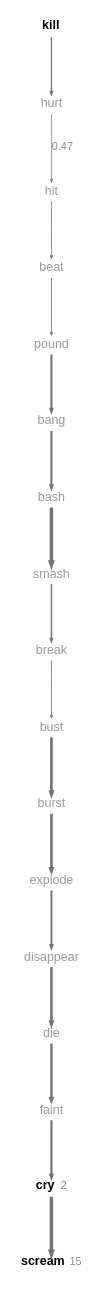
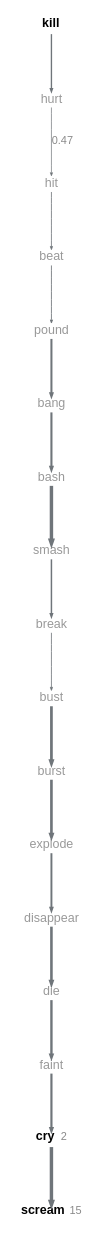
One commit to quadrismegistus/malignment changed the diagram in experiments/displacement/chain_of_connections/figures/ci_chain_argmax_n2.dot. Above: the diagram before and after it, drawn with Graphviz. The commit also changed 28 other files, not shown here.

```diff
--- a/experiments/displacement/chain_of_connections/figures/ci_chain_argmax_n2.dot
+++ b/experiments/displacement/chain_of_connections/figures/ci_chain_argmax_n2.dot
@@ -1,38 +1,38 @@
 digraph {
   graph [bgcolor=white margin=0.02];
-  node [shape=plaintext fontname="Arial" fontsize=8.0 height=0.16 width=0.01 margin="0.01,0.005"];
+  node [shape=plaintext fontname="Arial" fontsize=8.0 height=0.14 width=0.01 margin="0.01,0.005"];
   edge [arrowsize=0.2 color="#6f757a"];
-  "kill" [label=<<B>kill</B>> pos="25.7,348.5!"];
-  "hurt" [label="hurt" fontcolor="#999999" pos="25.7,306.4!"];
-  "hit" [label="hit" fontcolor="#999999" pos="25.7,264.2!"];
-  "beat" [label="beat" fontcolor="#999999" pos="25.7,222.1!"];
-  "pound" [label="pound" fontcolor="#999999" pos="25.7,180.0!"];
-  "bang" [label="bang" fontcolor="#999999" pos="25.7,137.9!"];
-  "bash" [label="bash" fontcolor="#999999" pos="25.7,95.8!"];
-  "smash" [label="smash" fontcolor="#999999" pos="25.7,53.6!"];
-  "break" [label="break" fontcolor="#999999" pos="286.0,11.5!"];
-  "bust" [label="bust" fontcolor="#999999" pos="286.0,53.6!"];
-  "burst" [label="burst" fontcolor="#999999" pos="286.0,95.8!"];
-  "explode" [label="explode" fontcolor="#999999" pos="286.0,137.9!"];
-  "disappear" [label="disappear" fontcolor="#999999" pos="286.0,180.0!"];
-  "die" [label="die" fontcolor="#999999" pos="286.0,222.1!"];
-  "faint" [label="faint" fontcolor="#999999" pos="286.0,264.2!"];
-  "cry" [label=<<B>cry</B> <FONT POINT-SIZE="7" COLOR="#8a8a8a">2</FONT>> pos="286.0,306.4!"];
-  "scream" [label=<<B>scream</B> <FONT POINT-SIZE="7" COLOR="#8a8a8a">15</FONT>> pos="286.0,348.5!"];
+  "kill" [label=<<B>kill</B>> pos="16.0,82.1!"];
+  "hurt" [label="hurt" fontcolor="#999999" pos="85.9,82.1!"];
+  "hit" [label="hit" fontcolor="#999999" pos="153.7,82.1!"];
+  "beat" [label="beat" fontcolor="#999999" pos="221.4,82.1!"];
+  "pound" [label="pound" fontcolor="#999999" pos="293.6,82.1!"];
+  "burst" [label="burst" fontcolor="#999999" pos="18.2,57.6!"];
+  "bust" [label="bust" fontcolor="#999999" pos="73.7,57.6!"];
+  "break" [label="break" fontcolor="#999999" pos="129.2,57.6!"];
+  "smash" [label="smash" fontcolor="#999999" pos="186.9,57.6!"];
+  "bash" [label="bash" fontcolor="#999999" pos="242.4,57.6!"];
+  "bang" [label="bang" fontcolor="#999999" pos="295.8,57.6!"];
+  "explode" [label="explode" fontcolor="#999999" pos="22.6,33.1!"];
+  "disappear" [label="disappear" fontcolor="#999999" pos="83.8,33.1!"];
+  "die" [label="die" fontcolor="#999999" pos="136.3,33.1!"];
+  "faint" [label="faint" fontcolor="#999999" pos="179.9,33.1!"];
+  "cry" [label=<<B>cry</B> <FONT POINT-SIZE="7" COLOR="#8a8a8a">2</FONT>> pos="227.9,33.1!"];
+  "scream" [label=<<B>scream</B> <FONT POINT-SIZE="7" COLOR="#8a8a8a">15</FONT>> pos="284.8,33.1!"];
   "bang" -> "bash" [penwidth=1.34];
   "bash" -> "smash" [penwidth=2.20];
   "beat" -> "pound" [penwidth=0.54];
   "break" -> "bust" [penwidth=0.52];
   "burst" -> "explode" [penwidth=1.70];
   "bust" -> "burst" [penwidth=1.75];
   "cry" -> "scream" [penwidth=2.20];
   "die" -> "faint" [penwidth=1.53];
   "disappear" -> "die" [penwidth=1.66];
   "explode" -> "disappear" [penwidth=1.23];
   "faint" -> "cry" [penwidth=1.39];
   "hit" -> "beat" [penwidth=0.52];
   "hurt" -> "hit" [penwidth=0.45 label="0.47" fontname="Arial" fontsize=7 fontcolor="#8a8a8a"];
   "kill" -> "hurt" [penwidth=0.87];
   "pound" -> "bang" [penwidth=1.30];
   "smash" -> "break" [penwidth=0.95];
 }
```
